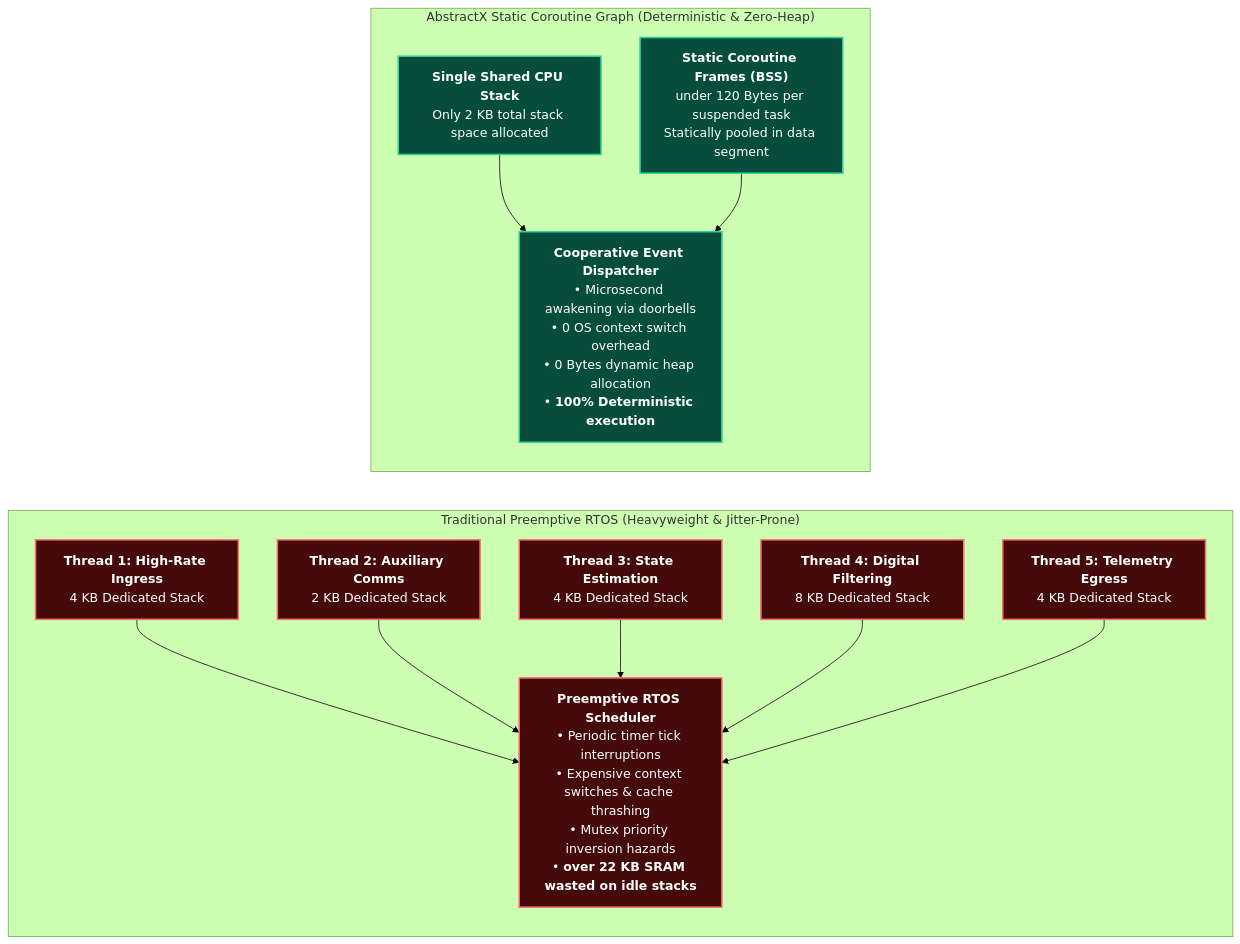
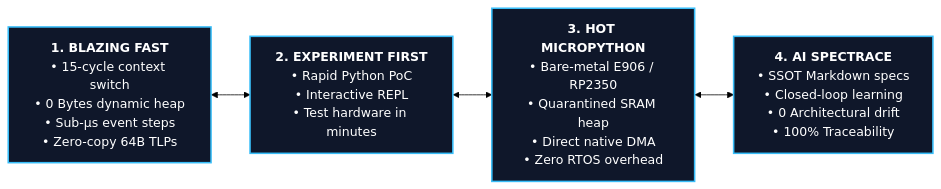
One commit to tcmichals/AbstractX changed the diagram in README.md. Above: the diagram before and after it, drawn with Mermaid (forest theme). The commit also changed other lines of this file and 1 other file, not shown here.

First line of the commit message:
docs: streamline README.md with high POP appeal and move technical deep-dives to AbstractX.md

````diff
--- a/README.md
+++ b/README.md
@@ -306,32 +33,11 @@
 ```mermaid
 flowchart LR
-    subgraph RTOS["Traditional Preemptive RTOS (Heavyweight & Jitter-Prone)"]
-        direction TB
-        T1["<b>Thread 1: High-Rate Ingress</b><br/>4 KB Dedicated Stack"]
-        T2["<b>Thread 2: Auxiliary Comms</b><br/>2 KB Dedicated Stack"]
-        T3["<b>Thread 3: State Estimation</b><br/>4 KB Dedicated Stack"]
-        T4["<b>Thread 4: Digital Filtering</b><br/>8 KB Dedicated Stack"]
-        T5["<b>Thread 5: Telemetry Egress</b><br/>4 KB Dedicated Stack"]
-        SCHED["<b>Preemptive RTOS Scheduler</b><br/>• Periodic timer tick interruptions<br/>• Expensive context switches & cache thrashing<br/>• Mutex priority inversion hazards<br/>• <b>over 22 KB SRAM wasted on idle stacks</b>"]
-        T1 --> SCHED
-        T2 --> SCHED
-        T3 --> SCHED
-        T4 --> SCHED
-        T5 --> SCHED
-    end
+    A["<b>1. BLAZING FAST</b><br/>• 15-cycle context switch<br/>• 0 Bytes dynamic heap<br/>• Sub-µs event steps<br/>• Zero-copy 64B TLPs"]
+    B["<b>2. EXPERIMENT FIRST</b><br/>• Rapid Python PoC<br/>• Interactive REPL<br/>• Test hardware in minutes"]
+    C["<b>3. HOT MICROPYTHON</b><br/>• Bare-metal E906 / RP2350<br/>• Quarantined SRAM heap<br/>• Direct native DMA<br/>• Zero RTOS overhead"]
+    D["<b>4. AI SPECTRACE</b><br/>• SSOT Markdown specs<br/>• Closed-loop learning<br/>• 0 Architectural drift<br/>• 100% Traceability"]
 
-    subgraph CORO["AbstractX Static Coroutine Graph (Deterministic & Zero-Heap)"]
-        direction TB
-        STACK["<b>Single Shared CPU Stack</b><br/>Only 2 KB total stack space allocated"]
-        FRAMES["<b>Static Coroutine Frames (BSS)</b><br/>under 120 Bytes per suspended task<br/>Statically pooled in data segment"]
-        DISP["<b>Cooperative Event Dispatcher</b><br/>• Microsecond awakening via doorbells<br/>• 0 OS context switch overhead<br/>• 0 Bytes dynamic heap allocation<br/>• <b>100% Deterministic execution</b>"]
-        STACK --> DISP
-        FRAMES --> DISP
-    end
-
-    classDef rtosNode fill:#450a0a,stroke:#f87171,stroke-width:2px,color:#ffffff;
-    classDef coroNode fill:#064e3b,stroke:#34d399,stroke-width:2px,color:#ffffff;
-
-    class T1,T2,T3,T4,T5,SCHED rtosNode;
-    class STACK,FRAMES,DISP coroNode;
+    A <--> B <--> C <--> D
+    classDef col fill:#0f172a,stroke:#38bdf8,stroke-width:2px,color:#ffffff;
+    class A,B,C,D col;
 ```
````
